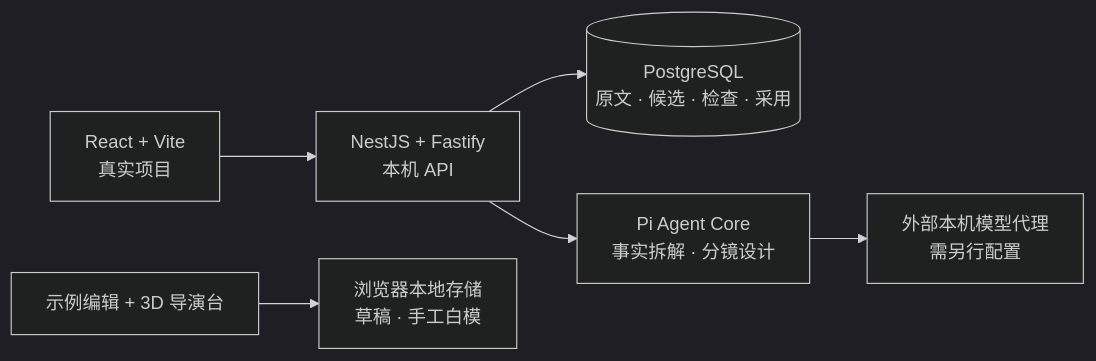
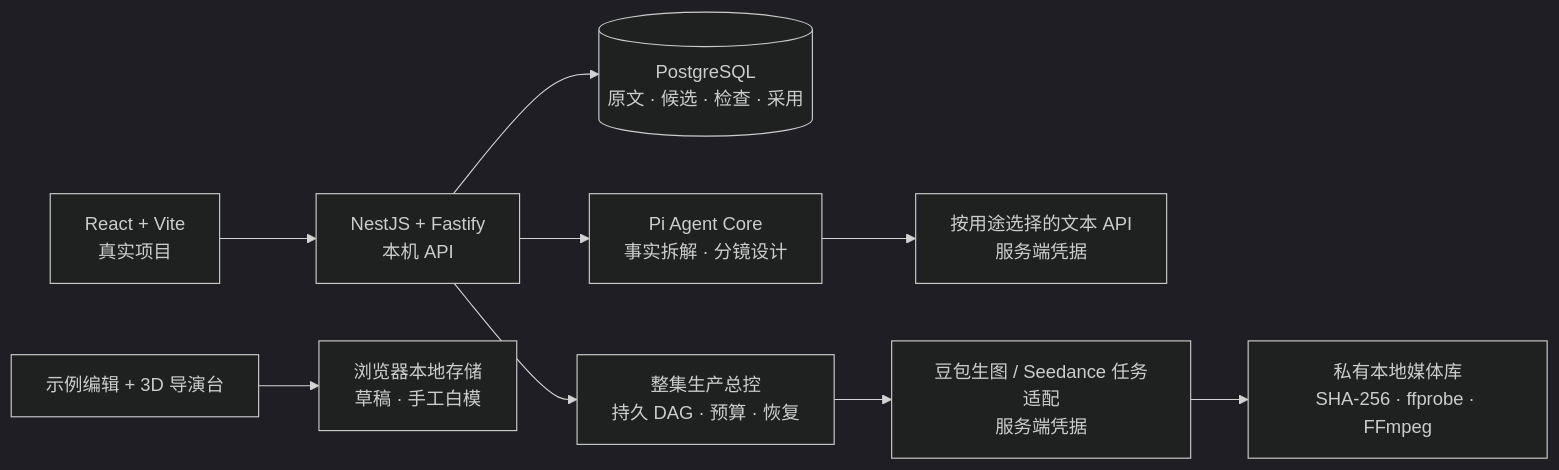
One commit to FlySword6/ai-short-drama-agent changed the diagram in shortdrama-agent-lab/README.md. Above: the diagram before and after it, drawn with Mermaid (dark theme). The commit also changed other lines of this file and 198 other files, not shown here.

````diff
--- a/shortdrama-agent-lab/README.md
+++ b/shortdrama-agent-lab/README.md
@@ -142,8 +166,11 @@
 ```mermaid
 flowchart LR
     UI["React + Vite<br/>真实项目"] --> API["NestJS + Fastify<br/>本机 API"]
     API --> DB[("PostgreSQL<br/>原文 · 候选 · 检查 · 采用")]
     API --> PI["Pi Agent Core<br/>事实拆解 · 分镜设计"]
-    PI --> PROXY["外部本机模型代理<br/>需另行配置"]
+    PI --> MODEL["按用途选择的文本 API<br/>服务端凭据"]
+    API --> ORCH["整集生产总控<br/>持久 DAG · 预算 · 恢复"]
+    ORCH --> MEDIA["豆包生图 / Seedance 任务适配<br/>服务端凭据"]
+    MEDIA --> LOCAL["私有本地媒体库<br/>SHA-256 · ffprobe · FFmpeg"]
     DEMO["示例编辑 + 3D 导演台"] --> BROWSER["浏览器本地存储<br/>草稿 · 手工白模"]
 ```
````
